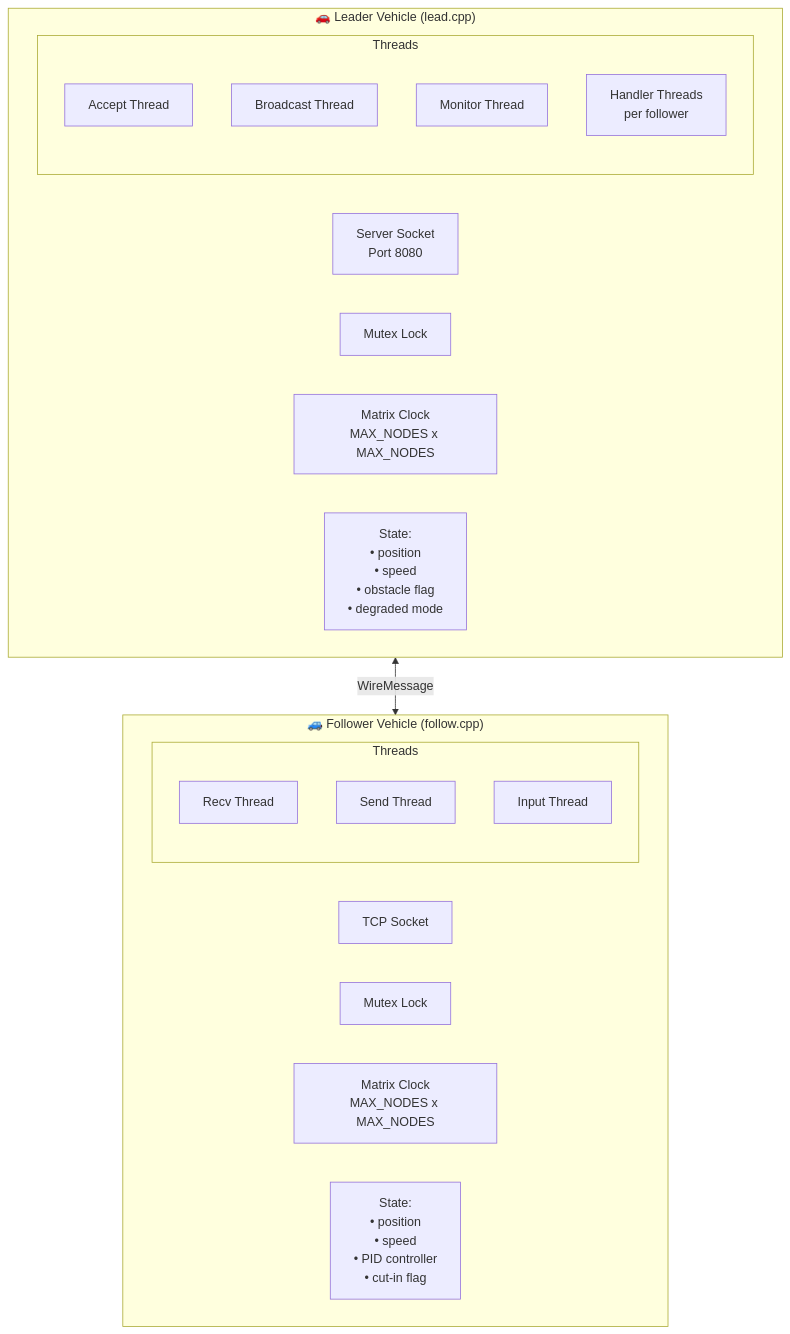
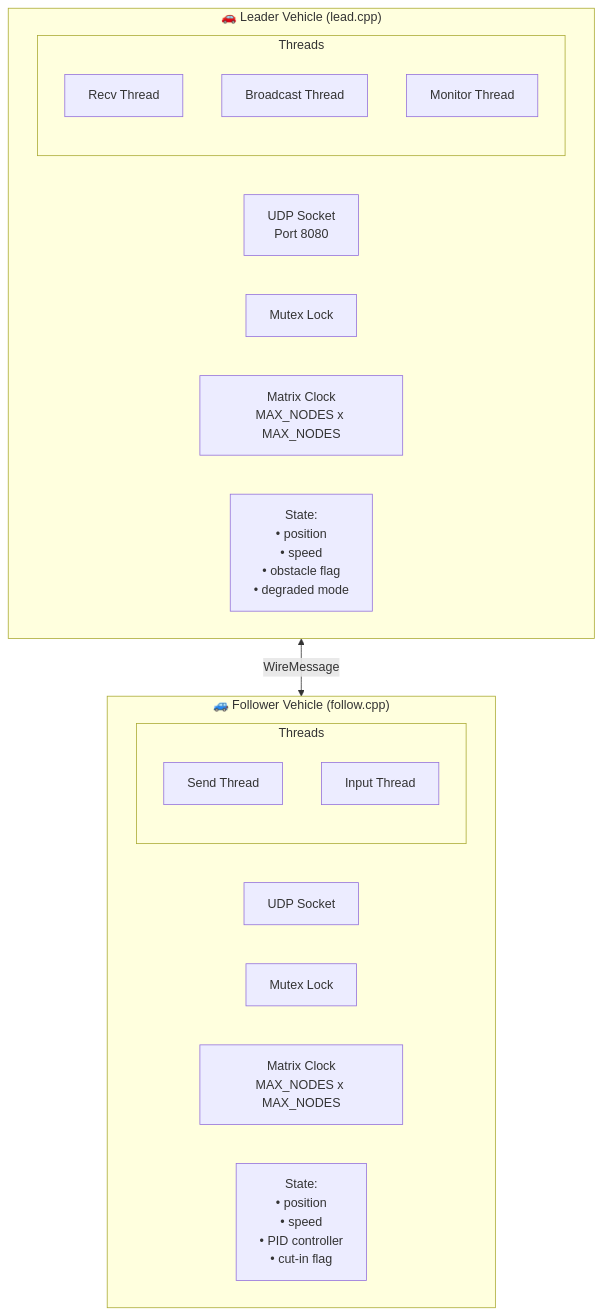
One commit to danganhphuc1131997/Platooning_System changed the first of 9 diagrams in ARCHITECTURE.md. Above: the diagram before and after it, drawn with Mermaid. The commit also changed other lines of this file and 7 other files, not shown here.

Commit message:
Changed TCP to UDP, changed logs, still error when running

````diff
--- a/ARCHITECTURE.md
+++ b/ARCHITECTURE.md
@@ -28,33 +28,32 @@
 ```mermaid
 flowchart TB
     subgraph Leader["🚗 Leader Vehicle (lead.cpp)"]
-        LS[Server Socket<br/>Port 8080]
+        LS[UDP Socket<br/>Port 8080]
         LM[Mutex Lock]
         LC[Matrix Clock<br/>MAX_NODES x MAX_NODES]
         
         subgraph LThreads["Threads"]
-            AT[Accept Thread]
+            RT[Recv Thread]
             BT[Broadcast Thread]
             MT[Monitor Thread]
-            HT[Handler Threads<br/>per follower]
         end
         
         LState["State:<br/>• position<br/>• speed<br/>• obstacle flag<br/>• degraded mode"]
     end
 
     subgraph Follower["🚙 Follower Vehicle (follow.cpp)"]
-        FS[TCP Socket]
+        FS[UDP Socket]
         FM[Mutex Lock]
         FC[Matrix Clock<br/>MAX_NODES x MAX_NODES]
         
         subgraph FThreads["Threads"]
             RT[Recv Thread]
             ST[Send Thread]
             IT[Input Thread]
         end
         
         FState["State:<br/>• position<br/>• speed<br/>• PID controller<br/>• cut-in flag"]
     end
 
     Leader <-->|WireMessage| Follower
 ```
````
